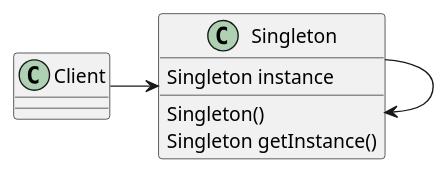
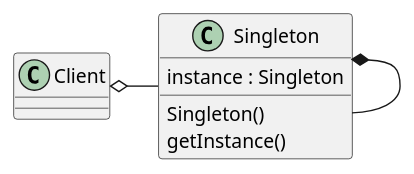
The diagram in src/com/yuuy/designpattern/singleton/singleton.puml (YuuyWei/Learn-Java), drawn with PlantUML before and after one commit. The commit also changed 6 other files, not shown here.

```diff
--- a/src/com/yuuy/designpattern/singleton/singleton.puml
+++ b/src/com/yuuy/designpattern/singleton/singleton.puml
@@ -1,13 +1,13 @@
 @startuml
 'https://plantuml.com/class-diagram
 
-Client -> Singleton
-Singleton -> Singleton
+Client o- Singleton
+Singleton *- Singleton
 
 class Singleton {
-Singleton instance
+instance : Singleton
 Singleton()
-Singleton getInstance()
+getInstance()
 }
 
 @enduml
```
